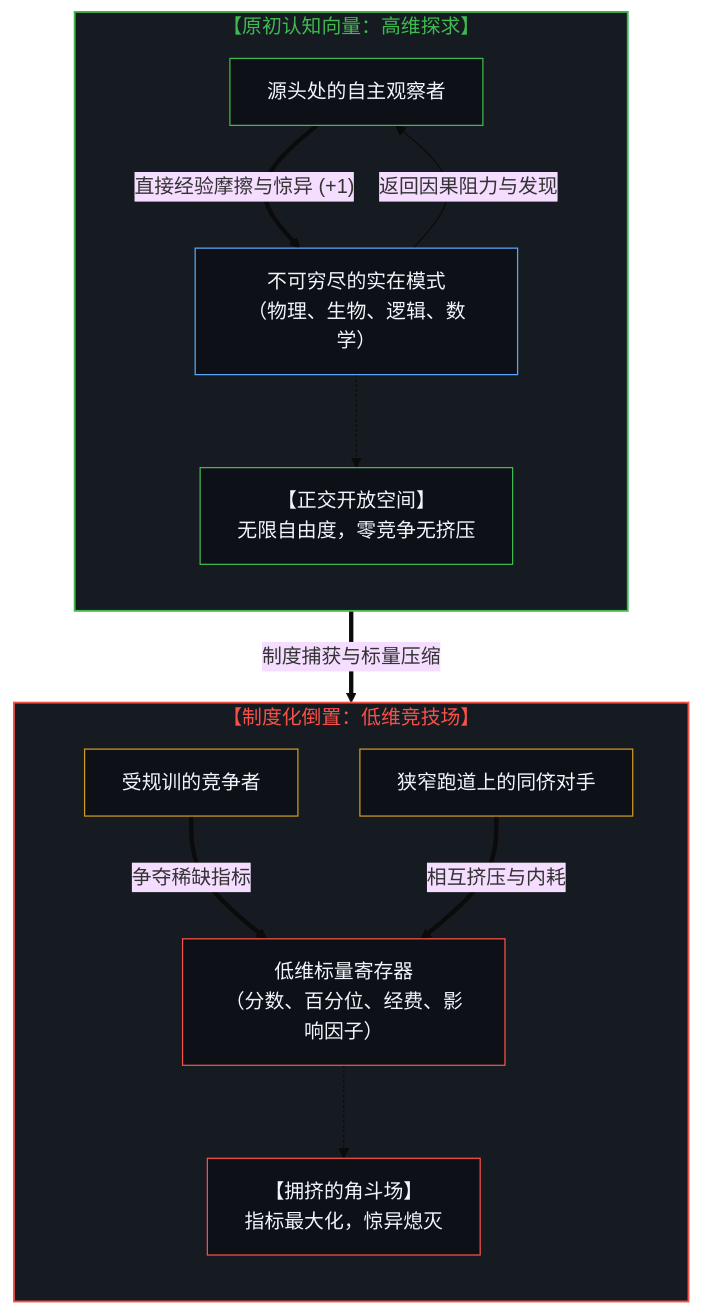
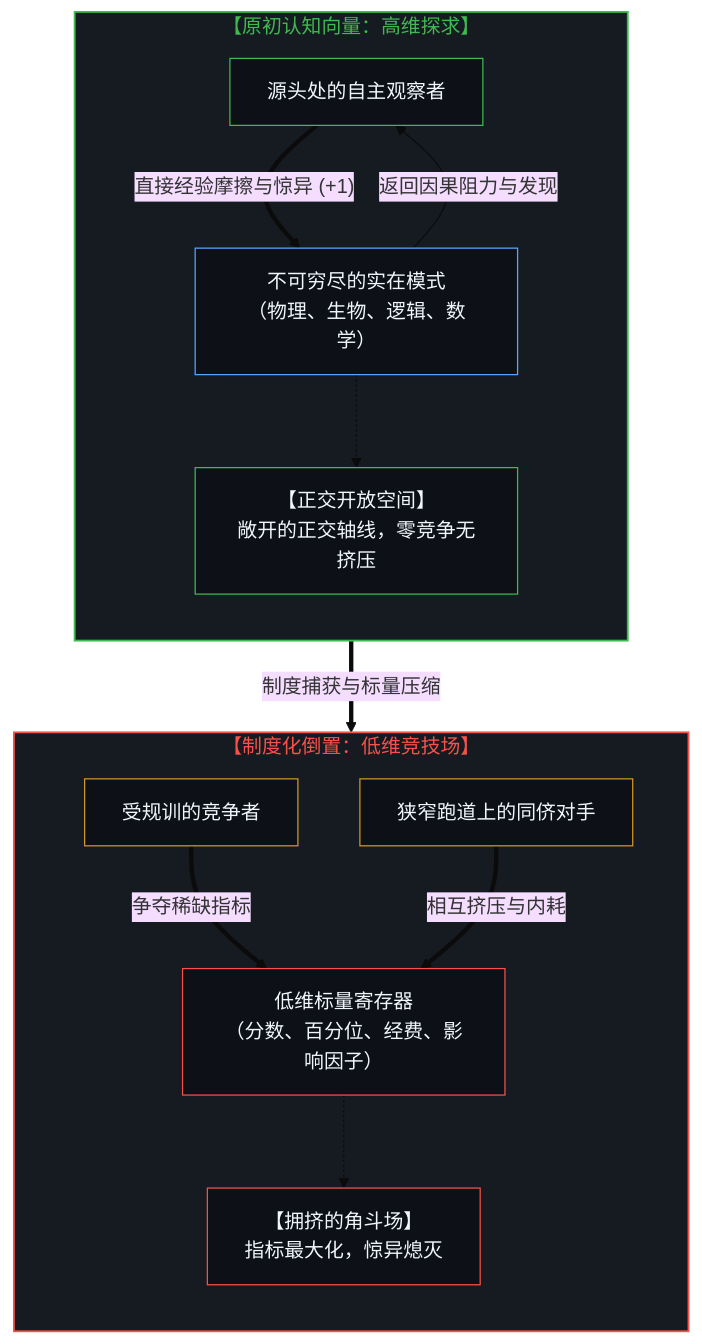
Before and after one commit to powerpig99/not-a-toe: the first of 10 diagrams in content/posts/the-reversal-of-education-and-science.md, drawn with Mermaid (base theme). The commit also changed other lines of this file and 13 other files, not shown here.

````diff
--- a/content/posts/the-reversal-of-education-and-science.md
+++ b/content/posts/the-reversal-of-education-and-science.md
@@ -21,32 +21,32 @@
 ```mermaid
 flowchart TD
     subgraph S_Original["【原初认知向量：高维探求】"]
         direction TB
         Mind["源头处的自主观察者"]
         Reality["不可穷尽的实在模式<br/>（物理、生物、逻辑、数学）"]
-        Space["【正交开放空间】<br/>无限自由度，零竞争无挤压"]
+        Space["【正交开放空间】<br/>敞开的正交轴线，零竞争无挤压"]
         Mind ==>|"直接经验摩擦与惊异 (+1)"| Reality
         Reality -->|"返回因果阻力与发现"| Mind
         Reality -.-> Space
     end
     S_Original ==>|"制度捕获与标量压缩"| S_Inverted
     subgraph S_Inverted["【制度化倒置：低维竞技场】"]
         direction TB
         Student["受规训的竞争者"]
         OtherPeers["狭窄跑道上的同侪对手"]
         Register["低维标量寄存器<br/>（分数、百分位、经费、影响因子）"]
         WarZone["【拥挤的角斗场】<br/>指标最大化，惊异熄灭"]
         Student ==>|"争夺稀缺指标"| Register
         OtherPeers ==>|"相互挤压与内耗"| Register
         Register -.-> WarZone
     end
     style S_Original fill:#161b22,stroke:#3fb950,stroke-width:1.5px,color:#3fb950
     style S_Inverted fill:#161b22,stroke:#f85149,stroke-width:1.5px,color:#f85149
     style Mind fill:#0d1117,stroke:#3fb950,stroke-width:1px,color:#f0f6fc
     style Reality fill:#0d1117,stroke:#58a6ff,stroke-width:1px,color:#f0f6fc
     style Space fill:#0d1117,stroke:#3fb950,stroke-width:1px,color:#f0f6fc
     style Student fill:#0d1117,stroke:#d29922,stroke-width:1px,color:#f0f6fc
     style OtherPeers fill:#0d1117,stroke:#d29922,stroke-width:1px,color:#f0f6fc
     style Register fill:#0d1117,stroke:#f85149,stroke-width:1px,color:#f0f6fc
     style WarZone fill:#0d1117,stroke:#f85149,stroke-width:1px,color:#f0f6fc
 ```
````
